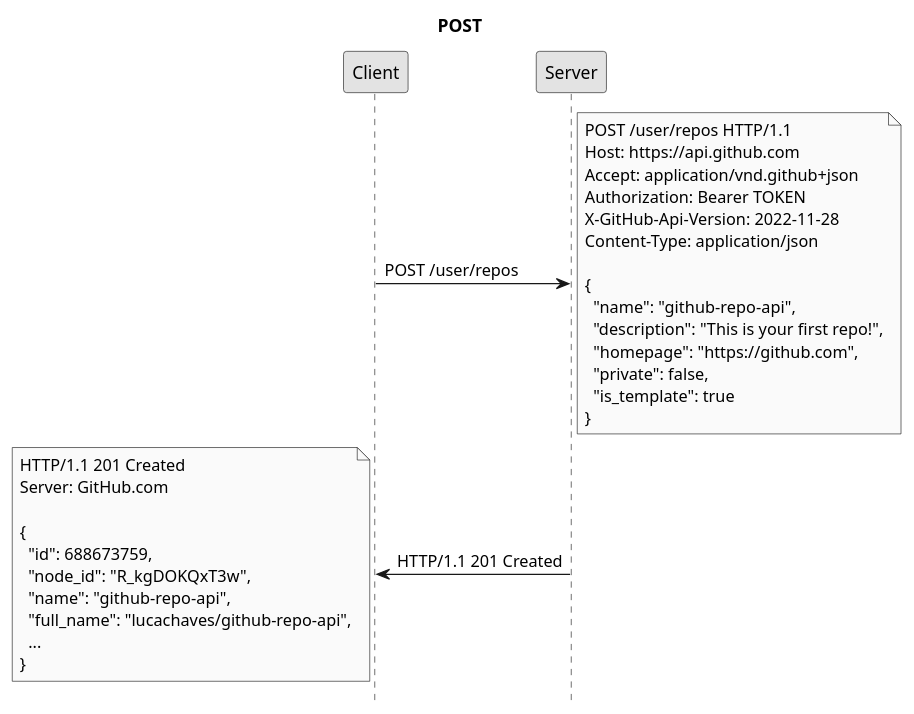
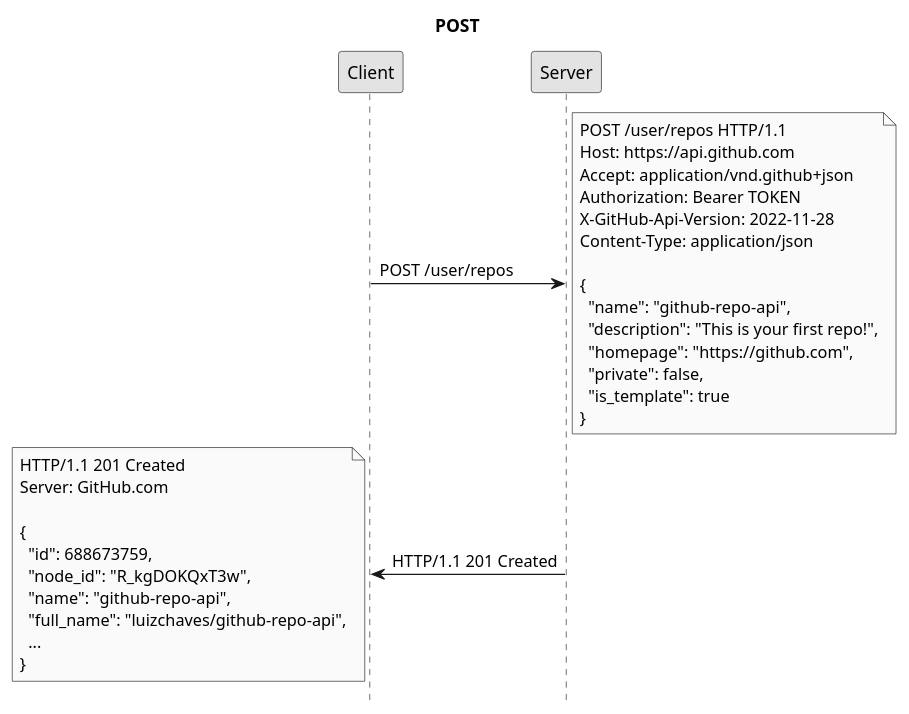
The diagram in public/imgs/api/rest/github-post-repository.pu (ifpb/ls), drawn with PlantUML before and after one commit. The commit also changed 13 other files, not shown here.

```diff
--- a/public/imgs/api/rest/github-post-repository.pu
+++ b/public/imgs/api/rest/github-post-repository.pu
@@ -1,10 +1,10 @@
 @startuml
 title POST
 hide footbox
 skinparam monochrome true
 
 Client -> Server: POST /user/repos
 note right: POST /user/repos HTTP/1.1\nHost: https://api.github.com\nAccept: application/vnd.github+json\nAuthorization: Bearer TOKEN\nX-GitHub-Api-Version: 2022-11-28\nContent-Type: application/json\n\n{\n  "name": "github-repo-api",\n  "description": "This is your first repo!",\n  "homepage": "https://github.com",\n  "private": false,\n  "is_template": true\n}
 Server -> Client: HTTP/1.1 201 Created
-note left: HTTP/1.1 201 Created\nServer: GitHub.com\n\n{\n  "id": 688673759,\n  "node_id": "R_kgDOKQxT3w",\n  "name": "github-repo-api",\n  "full_name": "lucachaves/github-repo-api",\n  ...\n}
+note left: HTTP/1.1 201 Created\nServer: GitHub.com\n\n{\n  "id": 688673759,\n  "node_id": "R_kgDOKQxT3w",\n  "name": "github-repo-api",\n  "full_name": "luizchaves/github-repo-api",\n  ...\n}
 @enduml
```
